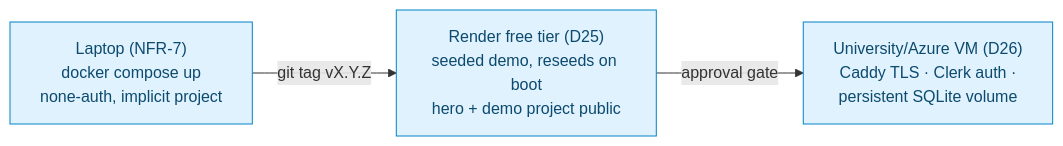
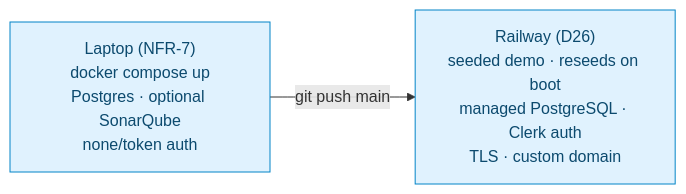
One commit to idreesshaikh/human-ai-studies-framework changed the third of 3 diagrams in docs/design/architecture.md. Above: the diagram before and after it, drawn with Mermaid. The commit also changed other lines of this file and 193 other files, not shown here.

````diff
--- a/docs/design/architecture.md
+++ b/docs/design/architecture.md
@@ -112,9 +115,7 @@
 ```mermaid
 flowchart LR
     classDef host fill:#e0f2fe,stroke:#0284c7,color:#0c4a6e
-    DEV["Laptop (NFR-7)<br/>docker compose up<br/>none-auth, implicit project"]:::host
-    DEMO["Render free tier (D25)<br/>seeded demo, reseeds on boot<br/>hero + demo project public"]:::host
-    VM["University/Azure VM (D26)<br/>Caddy TLS · Clerk auth ·<br/>persistent SQLite volume"]:::host
-    DEV -->|git tag vX.Y.Z| DEMO
-    DEMO -->|approval gate| VM
+    DEV["Laptop (NFR-7)<br/>docker compose up<br/>Postgres · optional SonarQube<br/>none/token auth"]:::host
+    RAILWAY["Railway (D26)<br/>seeded demo · reseeds on boot<br/>managed PostgreSQL · Clerk auth<br/>TLS · custom domain"]:::host
+    DEV -->|git push main| RAILWAY
 ```
````
